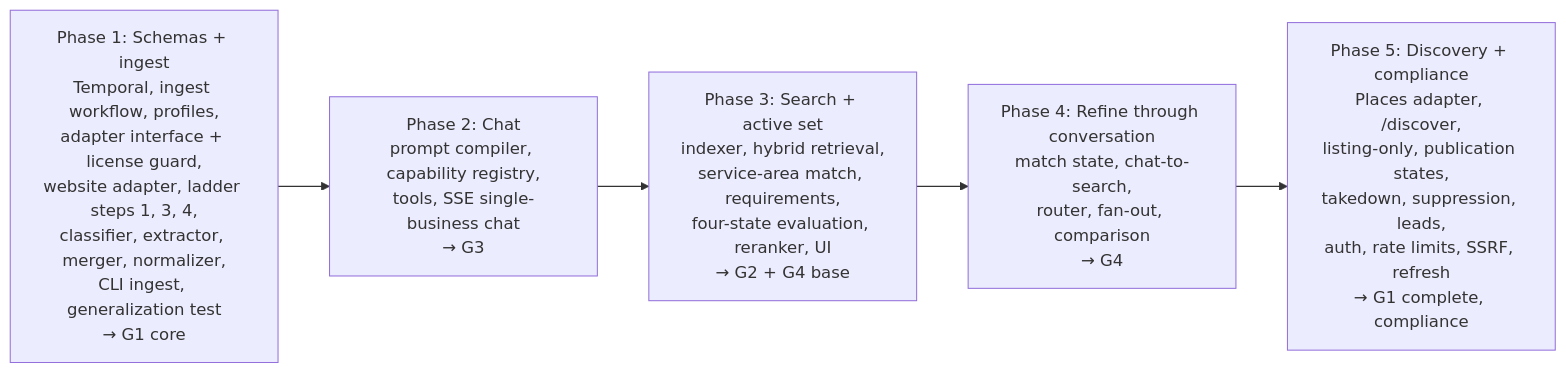
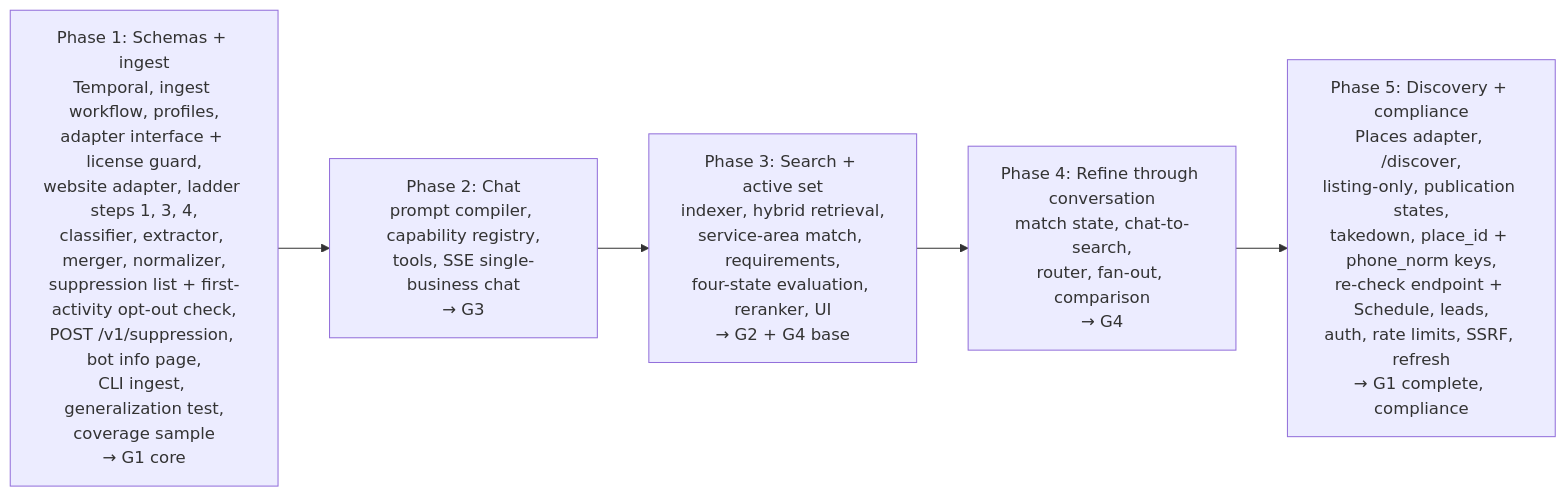
Before and after one commit to hp94087/akira: diagram 47 of 48 in architecture_v2.md, drawn with Mermaid. The commit also changed other lines of this file, not shown here.

First line of the commit message:
Update architecture_v2.md to match SPEC.md

````diff
--- a/architecture_v2.md
+++ b/architecture_v2.md
@@ -1603,9 +1671,9 @@
 ```mermaid
 flowchart LR
-  P1["Phase 1: Schemas + ingest<br/>Temporal, ingest workflow, profiles,<br/>adapter interface + license guard,<br/>website adapter, ladder steps 1, 3, 4,<br/>classifier, extractor, merger, normalizer,<br/>CLI ingest, generalization test<br/>→ G1 core"]
+  P1["Phase 1: Schemas + ingest<br/>Temporal, ingest workflow, profiles,<br/>adapter interface + license guard,<br/>website adapter, ladder steps 1, 3, 4,<br/>classifier, extractor, merger, normalizer,<br/>suppression list + first-activity opt-out check,<br/>POST /v1/suppression, bot info page,<br/>CLI ingest, generalization test,<br/>coverage sample<br/>→ G1 core"]
   P2["Phase 2: Chat<br/>prompt compiler, capability registry,<br/>tools, SSE single-business chat<br/>→ G3"]
   P3["Phase 3: Search + active set<br/>indexer, hybrid retrieval,<br/>service-area match, requirements,<br/>four-state evaluation, reranker, UI<br/>→ G2 + G4 base"]
   P4["Phase 4: Refine through conversation<br/>match state, chat-to-search,<br/>router, fan-out, comparison<br/>→ G4"]
-  P5["Phase 5: Discovery + compliance<br/>Places adapter, /discover,<br/>listing-only, publication states,<br/>takedown, suppression, leads,<br/>auth, rate limits, SSRF, refresh<br/>→ G1 complete, compliance"]
+  P5["Phase 5: Discovery + compliance<br/>Places adapter, /discover,<br/>listing-only, publication states,<br/>takedown, place_id + phone_norm keys,<br/>re-check endpoint + Schedule, leads,<br/>auth, rate limits, SSRF, refresh<br/>→ G1 complete, compliance"]
   P1 --> P2 --> P3 --> P4 --> P5
 ```
````
